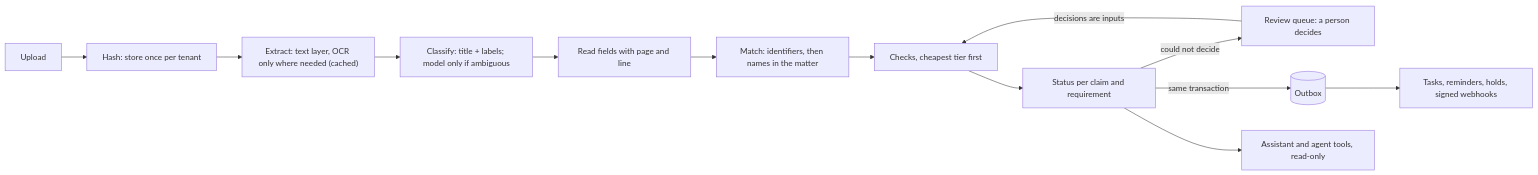
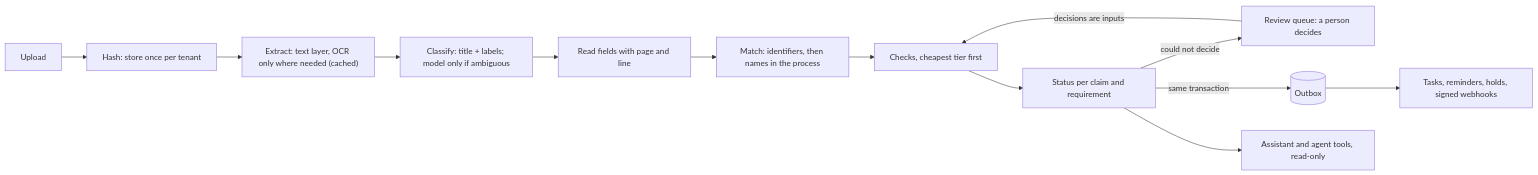
The diagram in README.md (gandhiashutosh14/testamur), drawn with Mermaid before and after one commit. The commit also changed other lines of this file and 15 other files, not shown here.

First line of the commit message:
README, architecture, walkthrough and decisions for the insolvency domain; documents never arrive before their date

````diff
--- a/README.md
+++ b/README.md
@@ -61,15 +75,15 @@
 ```mermaid
 flowchart LR
     A["Upload"] --> B["Hash: store once per tenant"]
     B --> C["Extract: text layer, OCR only where needed (cached)"]
     C --> D["Classify: title + labels; model only if ambiguous"]
     D --> E["Read fields with page and line"]
-    E --> F["Match: identifiers, then names in the matter"]
+    E --> F["Match: identifiers, then names in the process"]
     F --> G["Checks, cheapest tier first"]
     G --> H["Status per claim and requirement"]
     H -->|"could not decide"| Q["Review queue: a person decides"]
     Q -->|"decisions are inputs"| G
     H -->|"same transaction"| O[("Outbox")]
     O --> W["Tasks, reminders, holds, signed webhooks"]
     H --> S["Assistant and agent tools, read-only"]
 ```
````
